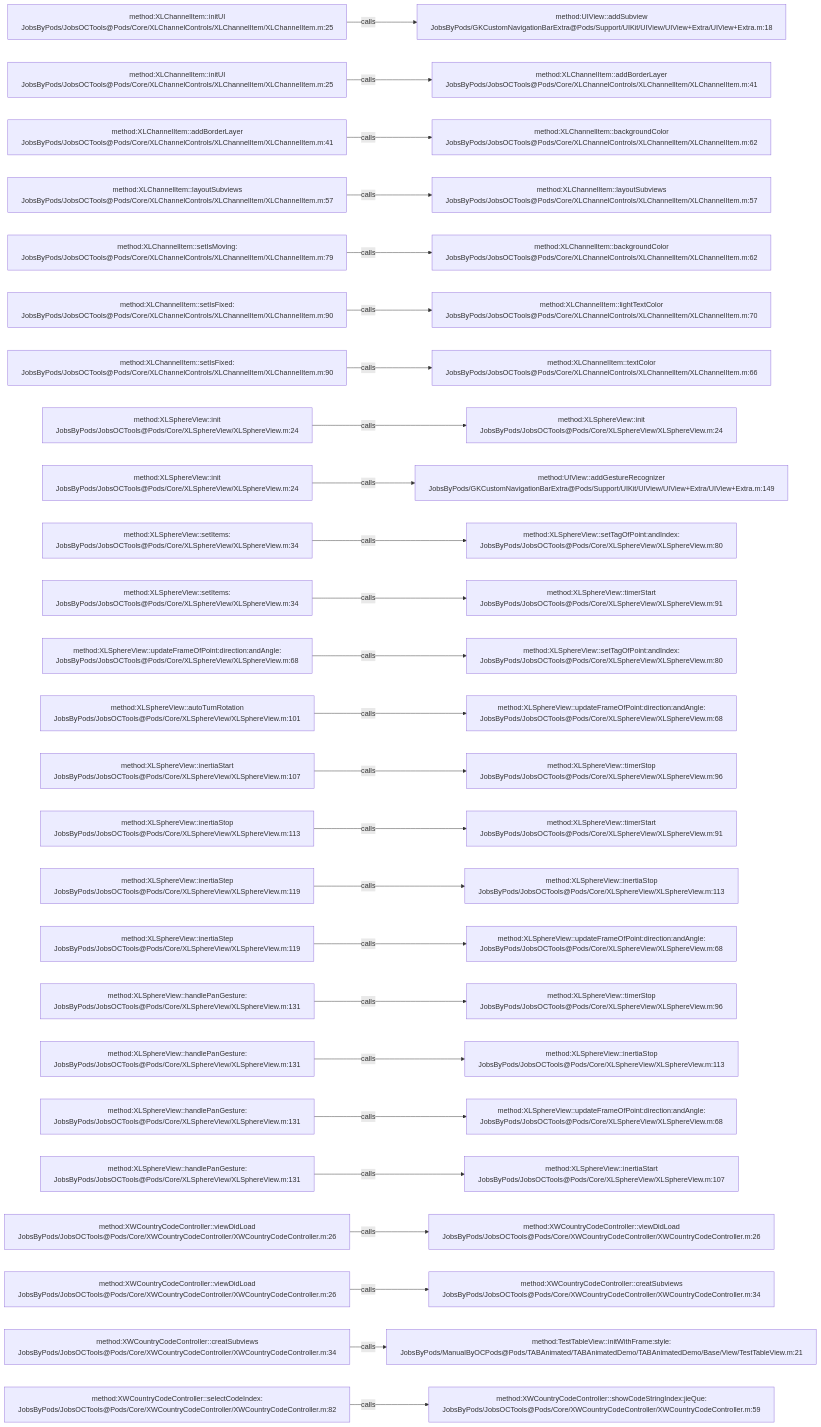
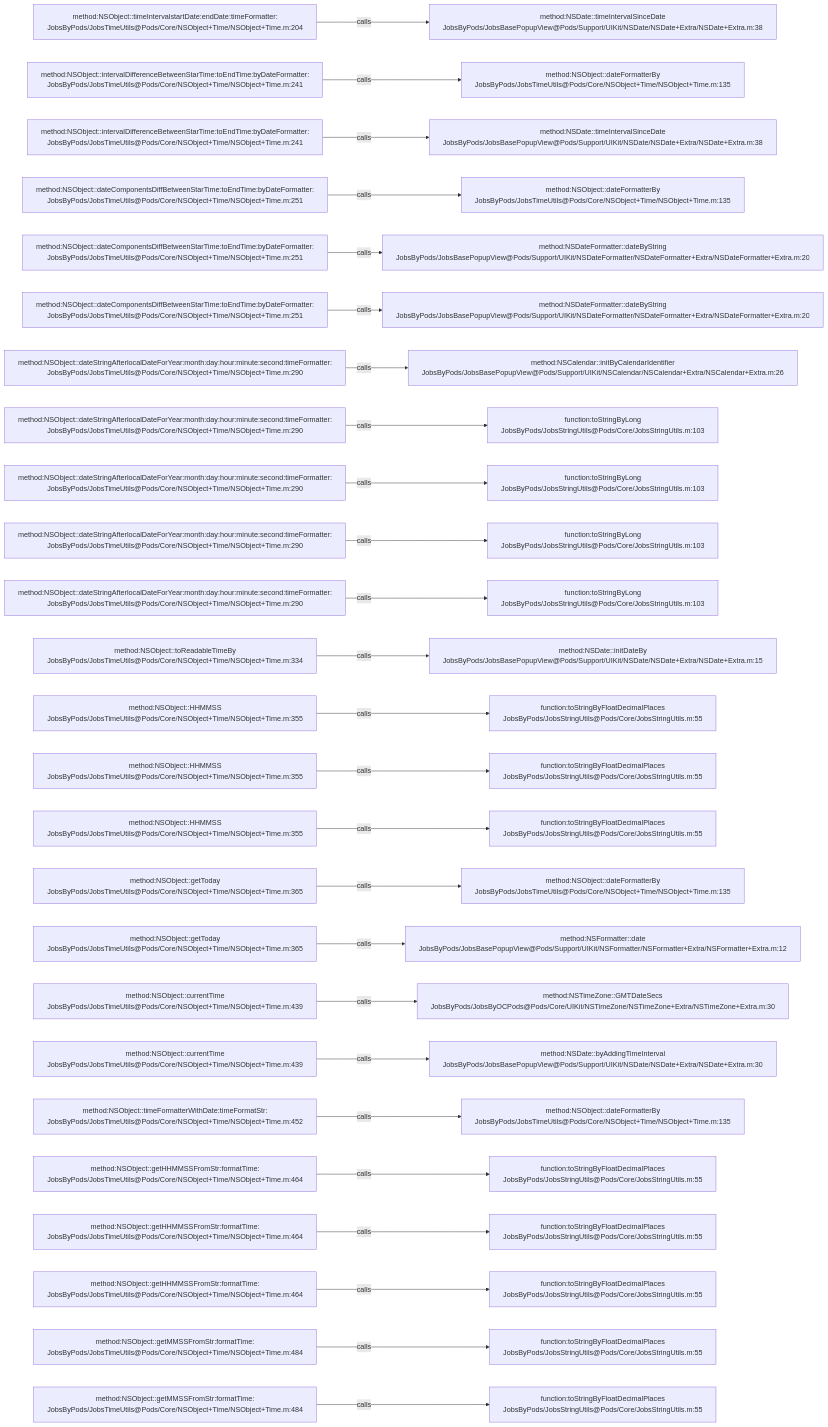
The diagram in .codegraph/codegraph.md/graphs/calls-163.md (JobsKits/JobsOCBaseConfigDemo), drawn with Mermaid before and after one commit. The commit also changed 639 other files, not shown here.

````diff
--- a/.codegraph/codegraph.md/graphs/calls-163.md
+++ b/.codegraph/codegraph.md/graphs/calls-163.md
@@ -13,78 +13,78 @@
 ```mermaid
 flowchart LR
-  S1["method:XLChannelItem::initUI<br/>JobsByPods/JobsOCTools@Pods/Core/XLChannelControls/XLChannelItem/XLChannelItem.m:25"]
-  T1["method:UIView::addSubview<br/>JobsByPods/GKCustomNavigationBarExtra@Pods/Support/UIKit/UIView/UIView+Extra/UIView+Extra.m:18"]
+  S1["method:NSObject::timeIntervalstartDate:endDate:timeFormatter:<br/>JobsByPods/JobsTimeUtils@Pods/Core/NSObject+Time/NSObject+Time.m:204"]
+  T1["method:NSDate::timeIntervalSinceDate<br/>JobsByPods/JobsBasePopupView@Pods/Support/UIKit/NSDate/NSDate+Extra/NSDate+Extra.m:38"]
   S1 -->|calls| T1
-  S2["method:XLChannelItem::initUI<br/>JobsByPods/JobsOCTools@Pods/Core/XLChannelControls/XLChannelItem/XLChannelItem.m:25"]
-  T2["method:XLChannelItem::addBorderLayer<br/>JobsByPods/JobsOCTools@Pods/Core/XLChannelControls/XLChannelItem/XLChannelItem.m:41"]
+  S2["method:NSObject::intervalDifferenceBetweenStarTime:toEndTime:byDateFormatter:<br/>JobsByPods/JobsTimeUtils@Pods/Core/NSObject+Time/NSObject+Time.m:241"]
+  T2["method:NSObject::dateFormatterBy<br/>JobsByPods/JobsTimeUtils@Pods/Core/NSObject+Time/NSObject+Time.m:135"]
   S2 -->|calls| T2
-  S3["method:XLChannelItem::addBorderLayer<br/>JobsByPods/JobsOCTools@Pods/Core/XLChannelControls/XLChannelItem/XLChannelItem.m:41"]
-  T3["method:XLChannelItem::backgroundColor<br/>JobsByPods/JobsOCTools@Pods/Core/XLChannelControls/XLChannelItem/XLChannelItem.m:62"]
+  S3["method:NSObject::intervalDifferenceBetweenStarTime:toEndTime:byDateFormatter:<br/>JobsByPods/JobsTimeUtils@Pods/Core/NSObject+Time/NSObject+Time.m:241"]
+  T3["method:NSDate::timeIntervalSinceDate<br/>JobsByPods/JobsBasePopupView@Pods/Support/UIKit/NSDate/NSDate+Extra/NSDate+Extra.m:38"]
   S3 -->|calls| T3
-  S4["method:XLChannelItem::layoutSubviews<br/>JobsByPods/JobsOCTools@Pods/Core/XLChannelControls/XLChannelItem/XLChannelItem.m:57"]
-  T4["method:XLChannelItem::layoutSubviews<br/>JobsByPods/JobsOCTools@Pods/Core/XLChannelControls/XLChannelItem/XLChannelItem.m:57"]
+  S4["method:NSObject::dateComponentsDiffBetweenStarTime:toEndTime:byDateFormatter:<br/>JobsByPods/JobsTimeUtils@Pods/Core/NSObject+Time/NSObject+Time.m:251"]
+  T4["method:NSObject::dateFormatterBy<br/>JobsByPods/JobsTimeUtils@Pods/Core/NSObject+Time/NSObject+Time.m:135"]
   S4 -->|calls| T4
-  S5["method:XLChannelItem::setIsMoving:<br/>JobsByPods/JobsOCTools@Pods/Core/XLChannelControls/XLChannelItem/XLChannelItem.m:79"]
-  T5["method:XLChannelItem::backgroundColor<br/>JobsByPods/JobsOCTools@Pods/Core/XLChannelControls/XLChannelItem/XLChannelItem.m:62"]
+  S5["method:NSObject::dateComponentsDiffBetweenStarTime:toEndTime:byDateFormatter:<br/>JobsByPods/JobsTimeUtils@Pods/Core/NSObject+Time/NSObject+Time.m:251"]
+  T5["method:NSDateFormatter::dateByString<br/>JobsByPods/JobsBasePopupView@Pods/Support/UIKit/NSDateFormatter/NSDateFormatter+Extra/NSDateFormatter+Extra.m:20"]
   S5 -->|calls| T5
-  S6["method:XLChannelItem::setIsFixed:<br/>JobsByPods/JobsOCTools@Pods/Core/XLChannelControls/XLChannelItem/XLChannelItem.m:90"]
-  T6["method:XLChannelItem::lightTextColor<br/>JobsByPods/JobsOCTools@Pods/Core/XLChannelControls/XLChannelItem/XLChannelItem.m:70"]
+  S6["method:NSObject::dateComponentsDiffBetweenStarTime:toEndTime:byDateFormatter:<br/>JobsByPods/JobsTimeUtils@Pods/Core/NSObject+Time/NSObject+Time.m:251"]
+  T6["method:NSDateFormatter::dateByString<br/>JobsByPods/JobsBasePopupView@Pods/Support/UIKit/NSDateFormatter/NSDateFormatter+Extra/NSDateFormatter+Extra.m:20"]
   S6 -->|calls| T6
-  S7["method:XLChannelItem::setIsFixed:<br/>JobsByPods/JobsOCTools@Pods/Core/XLChannelControls/XLChannelItem/XLChannelItem.m:90"]
-  T7["method:XLChannelItem::textColor<br/>JobsByPods/JobsOCTools@Pods/Core/XLChannelControls/XLChannelItem/XLChannelItem.m:66"]
+  S7["method:NSObject::dateStringAfterlocalDateForYear:month:day:hour:minute:second:timeFormatter:<br/>JobsByPods/JobsTimeUtils@Pods/Core/NSObject+Time/NSObject+Time.m:290"]
+  T7["method:NSCalendar::initByCalendarIdentifier<br/>JobsByPods/JobsBasePopupView@Pods/Support/UIKit/NSCalendar/NSCalendar+Extra/NSCalendar+Extra.m:26"]
   S7 -->|calls| T7
-  S8["method:XLSphereView::init<br/>JobsByPods/JobsOCTools@Pods/Core/XLSphereView/XLSphereView.m:24"]
-  T8["method:XLSphereView::init<br/>JobsByPods/JobsOCTools@Pods/Core/XLSphereView/XLSphereView.m:24"]
+  S8["method:NSObject::dateStringAfterlocalDateForYear:month:day:hour:minute:second:timeFormatter:<br/>JobsByPods/JobsTimeUtils@Pods/Core/NSObject+Time/NSObject+Time.m:290"]
+  T8["function:toStringByLong<br/>JobsByPods/JobsStringUtils@Pods/Core/JobsStringUtils.m:103"]
   S8 -->|calls| T8
-  S9["method:XLSphereView::init<br/>JobsByPods/JobsOCTools@Pods/Core/XLSphereView/XLSphereView.m:24"]
-  T9["method:UIView::addGestureRecognizer<br/>JobsByPods/GKCustomNavigationBarExtra@Pods/Support/UIKit/UIView/UIView+Extra/UIView+Extra.m:149"]
+  S9["method:NSObject::dateStringAfterlocalDateForYear:month:day:hour:minute:second:timeFormatter:<br/>JobsByPods/JobsTimeUtils@Pods/Core/NSObject+Time/NSObject+Time.m:290"]
+  T9["function:toStringByLong<br/>JobsByPods/JobsStringUtils@Pods/Core/JobsStringUtils.m:103"]
   S9 -->|calls| T9
-  S10["method:XLSphereView::setItems:<br/>JobsByPods/JobsOCTools@Pods/Core/XLSphereView/XLSphereView.m:34"]
-  T10["method:XLSphereView::setTagOfPoint:andIndex:<br/>JobsByPods/JobsOCTools@Pods/Core/XLSphereView/XLSphereView.m:80"]
+  S10["method:NSObject::dateStringAfterlocalDateForYear:month:day:hour:minute:second:timeFormatter:<br/>JobsByPods/JobsTimeUtils@Pods/Core/NSObject+Time/NSObject+Time.m:290"]
+  T10["function:toStringByLong<br/>JobsByPods/JobsStringUtils@Pods/Core/JobsStringUtils.m:103"]
   S10 -->|calls| T10
-  S11["method:XLSphereView::setItems:<br/>JobsByPods/JobsOCTools@Pods/Core/XLSphereView/XLSphereView.m:34"]
-  T11["method:XLSphereView::timerStart<br/>JobsByPods/JobsOCTools@Pods/Core/XLSphereView/XLSphereView.m:91"]
+  S11["method:NSObject::dateStringAfterlocalDateForYear:month:day:hour:minute:second:timeFormatter:<br/>JobsByPods/JobsTimeUtils@Pods/Core/NSObject+Time/NSObject+Time.m:290"]
+  T11["function:toStringByLong<br/>JobsByPods/JobsStringUtils@Pods/Core/JobsStringUtils.m:103"]
   S11 -->|calls| T11
-  S12["method:XLSphereView::updateFrameOfPoint:direction:andAngle:<br/>JobsByPods/JobsOCTools@Pods/Core/XLSphereView/XLSphereView.m:68"]
-  T12["method:XLSphereView::setTagOfPoint:andIndex:<br/>JobsByPods/JobsOCTools@Pods/Core/XLSphereView/XLSphereView.m:80"]
+  S12["method:NSObject::toReadableTimeBy<br/>JobsByPods/JobsTimeUtils@Pods/Core/NSObject+Time/NSObject+Time.m:334"]
+  T12["method:NSDate::initDateBy<br/>JobsByPods/JobsBasePopupView@Pods/Support/UIKit/NSDate/NSDate+Extra/NSDate+Extra.m:15"]
   S12 -->|calls| T12
-  S13["method:XLSphereView::autoTurnRotation<br/>JobsByPods/JobsOCTools@Pods/Core/XLSphereView/XLSphereView.m:101"]
-  T13["method:XLSphereView::updateFrameOfPoint:direction:andAngle:<br/>JobsByPods/JobsOCTools@Pods/Core/XLSphereView/XLSphereView.m:68"]
+  S13["method:NSObject::HHMMSS<br/>JobsByPods/JobsTimeUtils@Pods/Core/NSObject+Time/NSObject+Time.m:355"]
+  T13["function:toStringByFloatDecimalPlaces<br/>JobsByPods/JobsStringUtils@Pods/Core/JobsStringUtils.m:55"]
   S13 -->|calls| T13
-  S14["method:XLSphereView::inertiaStart<br/>JobsByPods/JobsOCTools@Pods/Core/XLSphereView/XLSphereView.m:107"]
-  T14["method:XLSphereView::timerStop<br/>JobsByPods/JobsOCTools@Pods/Core/XLSphereView/XLSphereView.m:96"]
+  S14["method:NSObject::HHMMSS<br/>JobsByPods/JobsTimeUtils@Pods/Core/NSObject+Time/NSObject+Time.m:355"]
+  T14["function:toStringByFloatDecimalPlaces<br/>JobsByPods/JobsStringUtils@Pods/Core/JobsStringUtils.m:55"]
   S14 -->|calls| T14
-  S15["method:XLSphereView::inertiaStop<br/>JobsByPods/JobsOCTools@Pods/Core/XLSphereView/XLSphereView.m:113"]
-  T15["method:XLSphereView::timerStart<br/>JobsByPods/JobsOCTools@Pods/Core/XLSphereView/XLSphereView.m:91"]
+  S15["method:NSObject::HHMMSS<br/>JobsByPods/JobsTimeUtils@Pods/Core/NSObject+Time/NSObject+Time.m:355"]
+  T15["function:toStringByFloatDecimalPlaces<br/>JobsByPods/JobsStringUtils@Pods/Core/JobsStringUtils.m:55"]
   S15 -->|calls| T15
-  S16["method:XLSphereView::inertiaStep<br/>JobsByPods/JobsOCTools@Pods/Core/XLSphereView/XLSphereView.m:119"]
-  T16["method:XLSphereView::inertiaStop<br/>JobsByPods/JobsOCTools@Pods/Core/XLSphereView/XLSphereView.m:113"]
+  S16["method:NSObject::getToday<br/>JobsByPods/JobsTimeUtils@Pods/Core/NSObject+Time/NSObject+Time.m:365"]
+  T16["method:NSObject::dateFormatterBy<br/>JobsByPods/JobsTimeUtils@Pods/Core/NSObject+Time/NSObject+Time.m:135"]
   S16 -->|calls| T16
-  S17["method:XLSphereView::inertiaStep<br/>JobsByPods/JobsOCTools@Pods/Core/XLSphereView/XLSphereView.m:119"]
-  T17["method:XLSphereView::updateFrameOfPoint:direction:andAngle:<br/>JobsByPods/JobsOCTools@Pods/Core/XLSphereView/XLSphereView.m:68"]
+  S17["method:NSObject::getToday<br/>JobsByPods/JobsTimeUtils@Pods/Core/NSObject+Time/NSObject+Time.m:365"]
+  T17["method:NSFormatter::date<br/>JobsByPods/JobsBasePopupView@Pods/Support/UIKit/NSFormatter/NSFormatter+Extra/NSFormatter+Extra.m:12"]
   S17 -->|calls| T17
-  S18["method:XLSphereView::handlePanGesture:<br/>JobsByPods/JobsOCTools@Pods/Core/XLSphereView/XLSphereView.m:131"]
-  T18["method:XLSphereView::timerStop<br/>JobsByPods/JobsOCTools@Pods/Core/XLSphereView/XLSphereView.m:96"]
+  S18["method:NSObject::currentTime<br/>JobsByPods/JobsTimeUtils@Pods/Core/NSObject+Time/NSObject+Time.m:439"]
+  T18["method:NSTimeZone::GMTDateSecs<br/>JobsByPods/JobsByOCPods@Pods/Core/UIKit/NSTimeZone/NSTimeZone+Extra/NSTimeZone+Extra.m:30"]
   S18 -->|calls| T18
-  S19["method:XLSphereView::handlePanGesture:<br/>JobsByPods/JobsOCTools@Pods/Core/XLSphereView/XLSphereView.m:131"]
-  T19["method:XLSphereView::inertiaStop<br/>JobsByPods/JobsOCTools@Pods/Core/XLSphereView/XLSphereView.m:113"]
+  S19["method:NSObject::currentTime<br/>JobsByPods/JobsTimeUtils@Pods/Core/NSObject+Time/NSObject+Time.m:439"]
+  T19["method:NSDate::byAddingTimeInterval<br/>JobsByPods/JobsBasePopupView@Pods/Support/UIKit/NSDate/NSDate+Extra/NSDate+Extra.m:30"]
   S19 -->|calls| T19
-  S20["method:XLSphereView::handlePanGesture:<br/>JobsByPods/JobsOCTools@Pods/Core/XLSphereView/XLSphereView.m:131"]
-  T20["method:XLSphereView::updateFrameOfPoint:direction:andAngle:<br/>JobsByPods/JobsOCTools@Pods/Core/XLSphereView/XLSphereView.m:68"]
+  S20["method:NSObject::timeFormatterWithDate:timeFormatStr:<br/>JobsByPods/JobsTimeUtils@Pods/Core/NSObject+Time/NSObject+Time.m:452"]
+  T20["method:NSObject::dateFormatterBy<br/>JobsByPods/JobsTimeUtils@Pods/Core/NSObject+Time/NSObject+Time.m:135"]
   S20 -->|calls| T20
-  S21["method:XLSphereView::handlePanGesture:<br/>JobsByPods/JobsOCTools@Pods/Core/XLSphereView/XLSphereView.m:131"]
-  T21["method:XLSphereView::inertiaStart<br/>JobsByPods/JobsOCTools@Pods/Core/XLSphereView/XLSphereView.m:107"]
+  S21["method:NSObject::getHHMMSSFromStr:formatTime:<br/>JobsByPods/JobsTimeUtils@Pods/Core/NSObject+Time/NSObject+Time.m:464"]
+  T21["function:toStringByFloatDecimalPlaces<br/>JobsByPods/JobsStringUtils@Pods/Core/JobsStringUtils.m:55"]
   S21 -->|calls| T21
-  S22["method:XWCountryCodeController::viewDidLoad<br/>JobsByPods/JobsOCTools@Pods/Core/XWCountryCodeController/XWCountryCodeController.m:26"]
-  T22["method:XWCountryCodeController::viewDidLoad<br/>JobsByPods/JobsOCTools@Pods/Core/XWCountryCodeController/XWCountryCodeController.m:26"]
+  S22["method:NSObject::getHHMMSSFromStr:formatTime:<br/>JobsByPods/JobsTimeUtils@Pods/Core/NSObject+Time/NSObject+Time.m:464"]
+  T22["function:toStringByFloatDecimalPlaces<br/>JobsByPods/JobsStringUtils@Pods/Core/JobsStringUtils.m:55"]
   S22 -->|calls| T22
-  S23["method:XWCountryCodeController::viewDidLoad<br/>JobsByPods/JobsOCTools@Pods/Core/XWCountryCodeController/XWCountryCodeController.m:26"]
-  T23["method:XWCountryCodeController::creatSubviews<br/>JobsByPods/JobsOCTools@Pods/Core/XWCountryCodeController/XWCountryCodeController.m:34"]
+  S23["method:NSObject::getHHMMSSFromStr:formatTime:<br/>JobsByPods/JobsTimeUtils@Pods/Core/NSObject+Time/NSObject+Time.m:464"]
+  T23["function:toStringByFloatDecimalPlaces<br/>JobsByPods/JobsStringUtils@Pods/Core/JobsStringUtils.m:55"]
   S23 -->|calls| T23
-  S24["method:XWCountryCodeController::creatSubviews<br/>JobsByPods/JobsOCTools@Pods/Core/XWCountryCodeController/XWCountryCodeController.m:34"]
-  T24["method:TestTableView::initWithFrame:style:<br/>JobsByPods/ManualByOCPods@Pods/TABAnimated/TABAnimatedDemo/TABAnimatedDemo/Base/View/TestTableView.m:21"]
+  S24["method:NSObject::getMMSSFromStr:formatTime:<br/>JobsByPods/JobsTimeUtils@Pods/Core/NSObject+Time/NSObject+Time.m:484"]
+  T24["function:toStringByFloatDecimalPlaces<br/>JobsByPods/JobsStringUtils@Pods/Core/JobsStringUtils.m:55"]
   S24 -->|calls| T24
-  S25["method:XWCountryCodeController::selectCodeIndex:<br/>JobsByPods/JobsOCTools@Pods/Core/XWCountryCodeController/XWCountryCodeController.m:82"]
-  T25["method:XWCountryCodeController::showCodeStringIndex:jieQue:<br/>JobsByPods/JobsOCTools@Pods/Core/XWCountryCodeController/XWCountryCodeController.m:59"]
+  S25["method:NSObject::getMMSSFromStr:formatTime:<br/>JobsByPods/JobsTimeUtils@Pods/Core/NSObject+Time/NSObject+Time.m:484"]
+  T25["function:toStringByFloatDecimalPlaces<br/>JobsByPods/JobsStringUtils@Pods/Core/JobsStringUtils.m:55"]
   S25 -->|calls| T25
 ```
````
